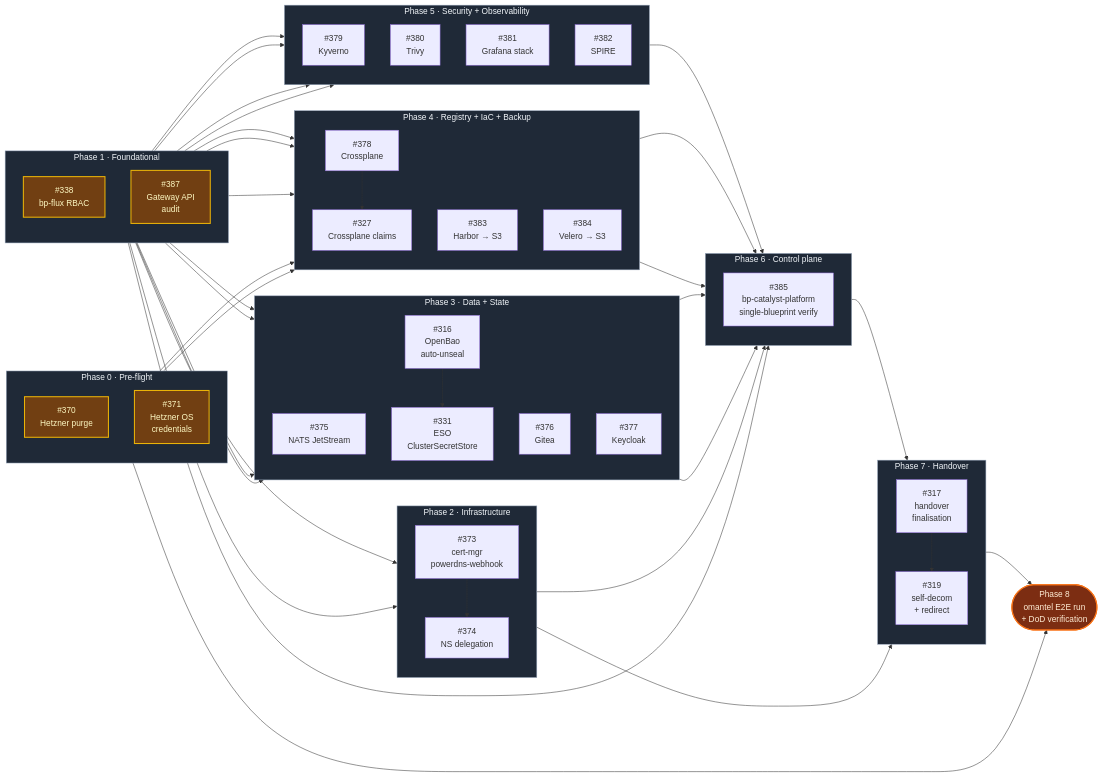
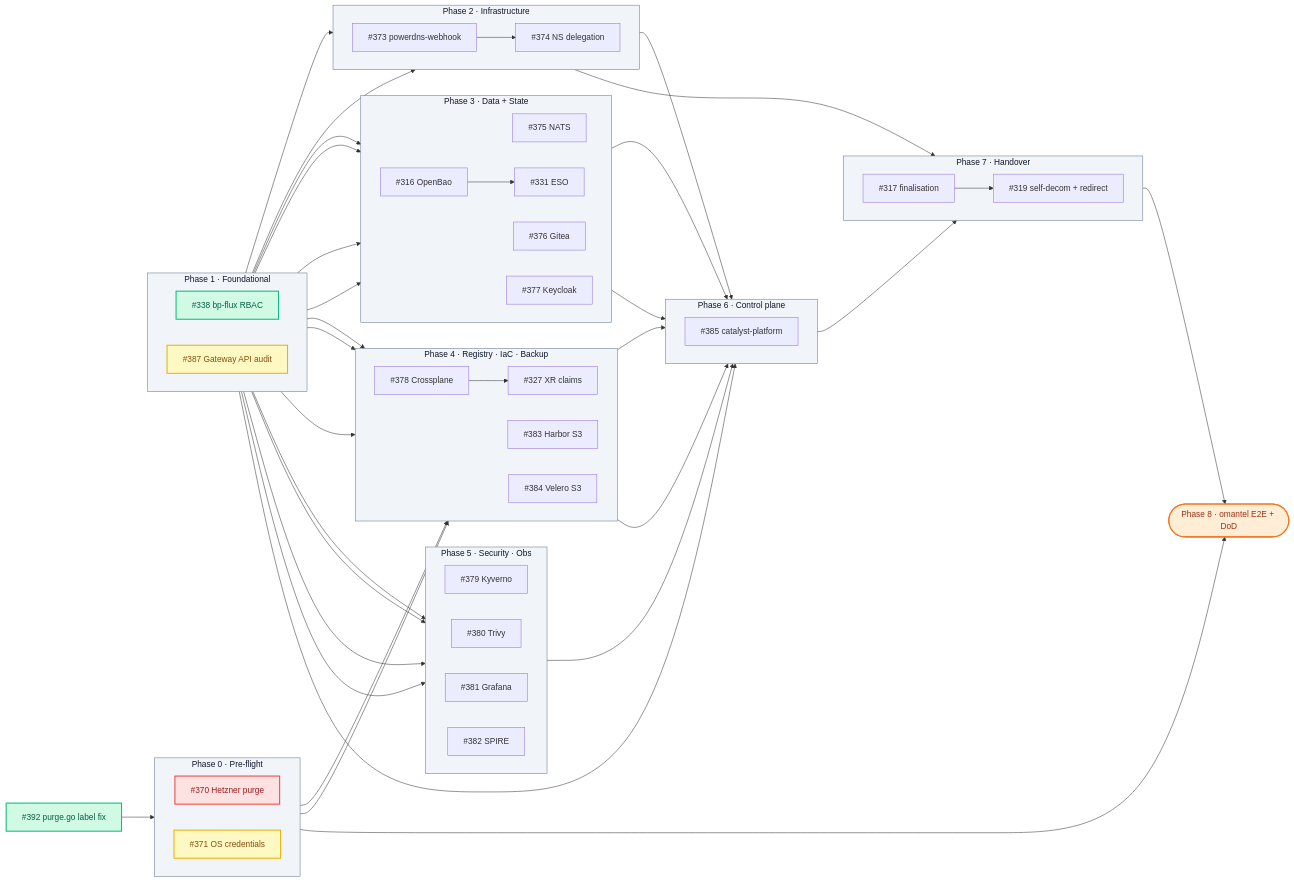
Before and after one commit to openova-io/openova: the diagram in docs/omantel-handover-wbs.md, drawn with Mermaid. The commit also changed other lines of this file, not shown here.

Commit message:
docs(wbs): DAG compressed + light theme + clickable tickets + #338/#392 marked done
Three founder-requested DAG improvements:
1. Vertical compression: subgraph direction LR (was TB) + single-line node
   labels — roughly halves the rendered height.
2. Light-theme phase blocks: slate-100 fill with dark text; light-tinted
   semantic colours for done/wip/blocked/gate. Readable in both GitHub
   light and dark modes.
3. Clickable ticket numbers: every node carries a click directive opening
   the GitHub issue in a new tab. Phase 8 gate links to epic #369.

Status updates folded in:
- #338 done (PR #393 merged at 05cb39c0)
- #392 done (PR #397 merged at aa8ed4e7) — unblocks #370
- #370 still blocked but gate cleared
- #371 RESUMED, #387 RESTARTED with anti-duplication brief

````diff
--- a/docs/omantel-handover-wbs.md
+++ b/docs/omantel-handover-wbs.md
@@ -69,74 +69,75 @@
 ```mermaid
 flowchart LR
-    classDef phase fill:#1f2937,stroke:#94a3b8,color:#f1f5f9,stroke-width:1px
-    classDef done fill:#064e3b,stroke:#10b981,color:#d1fae5
-    classDef wip fill:#713f12,stroke:#eab308,color:#fef9c3,stroke-width:2px
-    classDef blocked fill:#7f1d1d,stroke:#ef4444,color:#fee2e2,stroke-width:2px
-    classDef gate fill:#7c2d12,stroke:#f97316,color:#ffedd5,stroke-width:2px
+    classDef phase fill:#f1f5f9,stroke:#64748b,color:#0f172a,stroke-width:1px
+    classDef done fill:#d1fae5,stroke:#10b981,color:#065f46,stroke-width:2px
+    classDef wip fill:#fef9c3,stroke:#eab308,color:#854d0e,stroke-width:2px
+    classDef blocked fill:#fee2e2,stroke:#ef4444,color:#991b1b,stroke-width:2px
+    classDef gate fill:#ffedd5,stroke:#f97316,color:#9a3412,stroke-width:2px
 
     subgraph PH0[Phase 0 · Pre-flight]
-        direction TB
-        T370["#370<br/>Hetzner purge"]
-        T371["#371<br/>Hetzner OS<br/>credentials"]
+        direction LR
+        T370["#370 Hetzner purge"]
+        T371["#371 OS credentials"]
     end
 
     subgraph PH1[Phase 1 · Foundational]
-        direction TB
-        T338["#338<br/>bp-flux RBAC"]
-        T387["#387<br/>Gateway API<br/>audit"]
+        direction LR
+        T338["#338 bp-flux RBAC"]
+        T387["#387 Gateway API audit"]
     end
 
     subgraph PH2[Phase 2 · Infrastructure]
-        direction TB
-        T373["#373<br/>cert-mgr<br/>powerdns-webhook"] --> T374["#374<br/>NS delegation"]
+        direction LR
+        T373["#373 powerdns-webhook"] --> T374["#374 NS delegation"]
     end
 
     subgraph PH3[Phase 3 · Data + State]
-        direction TB
-        T375["#375<br/>NATS JetStream"]
-        T376["#376<br/>Gitea"]
-        T377["#377<br/>Keycloak"]
-        T316["#316<br/>OpenBao<br/>auto-unseal"] --> T331["#331<br/>ESO<br/>ClusterSecretStore"]
+        direction LR
+        T375["#375 NATS"]
+        T376["#376 Gitea"]
+        T377["#377 Keycloak"]
+        T316["#316 OpenBao"] --> T331["#331 ESO"]
     end
 
-    subgraph PH4[Phase 4 · Registry + IaC + Backup]
-        direction TB
-        T378["#378<br/>Crossplane"] --> T327["#327<br/>Crossplane claims"]
-        T383["#383<br/>Harbor → S3"]
-        T384["#384<br/>Velero → S3"]
+    subgraph PH4[Phase 4 · Registry · IaC · Backup]
+        direction LR
+        T378["#378 Crossplane"] --> T327["#327 XR claims"]
+        T383["#383 Harbor S3"]
+        T384["#384 Velero S3"]
     end
 
-    subgraph PH5[Phase 5 · Security + Observability]
-        direction TB
-        T379["#379<br/>Kyverno"]
-        T380["#380<br/>Trivy"]
-        T381["#381<br/>Grafana stack"]
-        T382["#382<br/>SPIRE"]
+    subgraph PH5[Phase 5 · Security · Obs]
+        direction LR
+        T379["#379 Kyverno"]
+        T380["#380 Trivy"]
+        T381["#381 Grafana"]
+        T382["#382 SPIRE"]
     end
 
     subgraph PH6[Phase 6 · Control plane]
-        direction TB
-        T385["#385<br/>bp-catalyst-platform<br/>single-blueprint verify"]
+        direction LR
+        T385["#385 catalyst-platform"]
     end
 
     subgraph PH7[Phase 7 · Handover]
-        direction TB
-        T317["#317<br/>handover<br/>finalisation"] --> T319["#319<br/>self-decom<br/>+ redirect"]
+        direction LR
+        T317["#317 finalisation"] --> T319["#319 self-decom + redirect"]
     end
 
-    P8([Phase 8<br/>omantel E2E run<br/>+ DoD verification]):::gate
+    T392["#392 purge.go label fix"]
+    P8([Phase 8 · omantel E2E + DoD]):::gate
 
     %% Phase 1 → Phase 2
     T338 --> T373
     T387 --> T373
 
-    %% Phase 1 → Phase 3 (every blueprint install needs the Flux RBAC fix)
+    %% Phase 1 → Phase 3
     T338 --> T375
     T338 --> T376
     T338 --> T377
     T338 --> T316
 
-    %% Phase 1 + 2 → Phase 4
+    %% Phase 1 + 0b → Phase 4
     T338 --> T378
     T338 --> T383
     T338 --> T384
@@ -158,14 +159,43 @@
     T373 --> T385
     T387 --> T385
 
-    %% Phase 6 → Phase 7
+    %% Phase 6 → Phase 7 → Phase 8
     T385 --> T317
-
-    %% Phase 7 + DNS delegation → Phase 8
     T319 --> P8
     T374 --> T319
     T370 --> P8
 
+    %% #392 unblocks #370
+    T392 --> T370
+
     class PH0,PH1,PH2,PH3,PH4,PH5,PH6,PH7 phase
-    class T338,T370,T371,T387 wip
+    class T338,T392 done
+    class T371,T387 wip
+    class T370 blocked
+
+    %% Clickable ticket numbers — open the GitHub issue in a new tab
+    click T316 "https://github.com/openova-io/openova/issues/316" "Open #316" _blank
+    click T317 "https://github.com/openova-io/openova/issues/317" "Open #317" _blank
+    click T319 "https://github.com/openova-io/openova/issues/319" "Open #319" _blank
+    click T327 "https://github.com/openova-io/openova/issues/327" "Open #327" _blank
+    click T331 "https://github.com/openova-io/openova/issues/331" "Open #331" _blank
+    click T338 "https://github.com/openova-io/openova/issues/338" "Open #338" _blank
+    click T370 "https://github.com/openova-io/openova/issues/370" "Open #370" _blank
+    click T371 "https://github.com/openova-io/openova/issues/371" "Open #371" _blank
+    click T373 "https://github.com/openova-io/openova/issues/373" "Open #373" _blank
+    click T374 "https://github.com/openova-io/openova/issues/374" "Open #374" _blank
+    click T375 "https://github.com/openova-io/openova/issues/375" "Open #375" _blank
+    click T376 "https://github.com/openova-io/openova/issues/376" "Open #376" _blank
+    click T377 "https://github.com/openova-io/openova/issues/377" "Open #377" _blank
+    click T378 "https://github.com/openova-io/openova/issues/378" "Open #378" _blank
+    click T379 "https://github.com/openova-io/openova/issues/379" "Open #379" _blank
+    click T380 "https://github.com/openova-io/openova/issues/380" "Open #380" _blank
+    click T381 "https://github.com/openova-io/openova/issues/381" "Open #381" _blank
+    click T382 "https://github.com/openova-io/openova/issues/382" "Open #382" _blank
+    click T383 "https://github.com/openova-io/openova/issues/383" "Open #383" _blank
+    click T384 "https://github.com/openova-io/openova/issues/384" "Open #384" _blank
+    click T385 "https://github.com/openova-io/openova/issues/385" "Open #385" _blank
+    click T387 "https://github.com/openova-io/openova/issues/387" "Open #387" _blank
+    click T392 "https://github.com/openova-io/openova/issues/392" "Open #392" _blank
+    click P8 "https://github.com/openova-io/openova/issues/369" "Open epic #369" _blank
 ```
````
